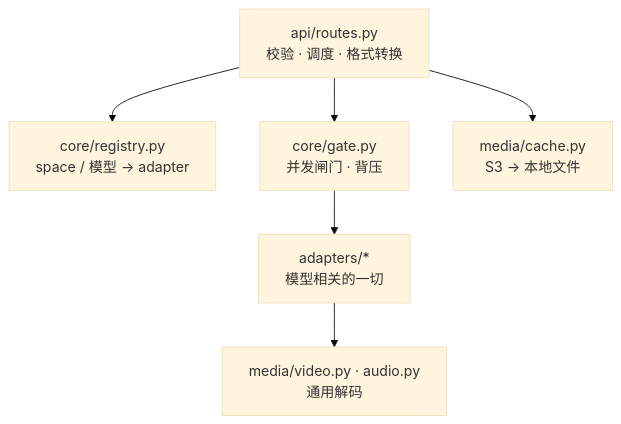
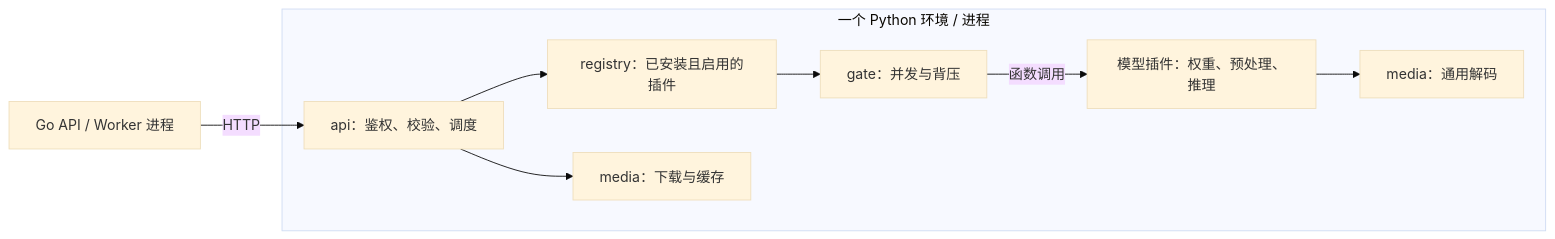
The fifth of 5 diagrams in docs/spec.md (realOzine/videohelper), drawn with Mermaid (base theme) before and after one commit. The commit also changed other lines of this file and 2 other files, not shown here.

````diff
--- a/docs/spec.md
+++ b/docs/spec.md
@@ -2272,8 +2253,11 @@
 ```mermaid
-flowchart TB
-  R["api/routes.py<br/>校验 · 调度 · 格式转换"] --> REG["core/registry.py<br/>space / 模型 → adapter"]
-  R --> GT["core/gate.py<br/>并发闸门 · 背压"]
-  R --> CA["media/cache.py<br/>S3 → 本地文件"]
-  GT --> AD["adapters/*<br/>模型相关的一切"]
-  AD --> MV["media/video.py · audio.py<br/>通用解码"]
+flowchart LR
+  G["Go API / Worker 进程"] -->|HTTP| R
+  subgraph P["一个 Python 环境 / 进程"]
+    R["api：鉴权、校验、调度"] --> REG["registry：已安装且启用的插件"]
+    R --> C["media：下载与缓存"]
+    REG --> GT["gate：并发与背压"]
+    GT -->|函数调用| A["模型插件：权重、预处理、推理"]
+    A --> D["media：通用解码"]
+  end
 ```
````
